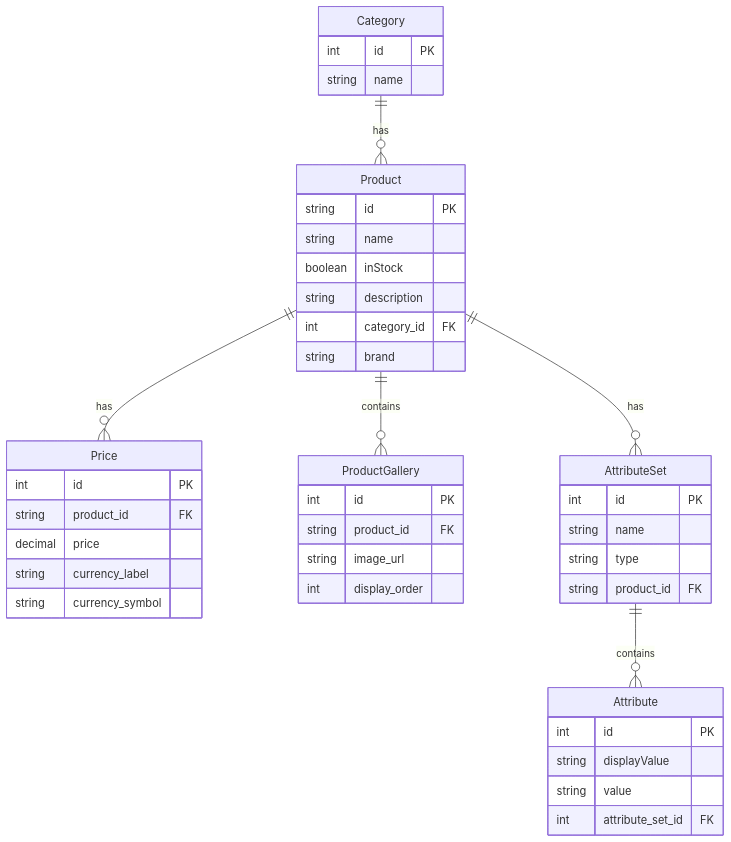
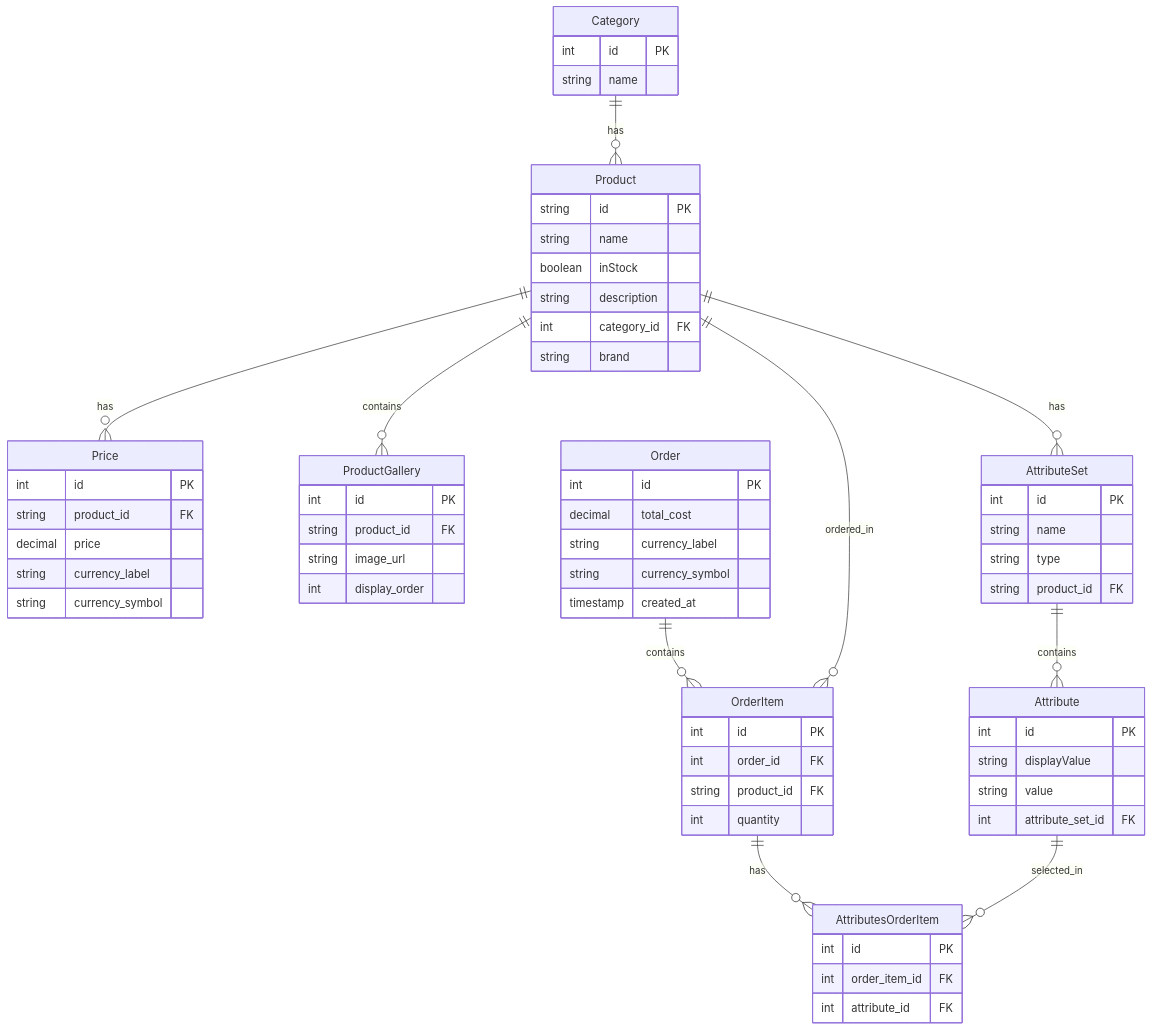
The diagram in erd_diagram.md (shehab124/ScandiWeb-TestAssignment), drawn with Mermaid before and after one commit. The commit also changed other lines of this file and 4 other files, not shown here.

````diff
--- a/erd_diagram.md
+++ b/erd_diagram.md
@@ -4,52 +4,77 @@
 ```mermaid
 erDiagram
     Category {
         int id PK
         string name
     }
 
     Product {
         string id PK
         string name
         boolean inStock
         string description
         int category_id FK
         string brand
     }
 
     Price {
         int id PK
         string product_id FK
         decimal price
         string currency_label
         string currency_symbol
     }
 
     ProductGallery {
         int id PK
         string product_id FK
         string image_url
         int display_order
     }
 
     AttributeSet {
         int id PK
         string name
         string type
         string product_id FK
     }
 
     Attribute {
         int id PK
         string displayValue
         string value
         int attribute_set_id FK
     }
 
+    Order {
+        int id PK
+        decimal total_cost
+        string currency_label
+        string currency_symbol
+        timestamp created_at
+    }
+
+    OrderItem {
+        int id PK
+        int order_id FK
+        string product_id FK
+        int quantity
+    }
+
+    AttributesOrderItem {
+        int id PK
+        int order_item_id FK
+        int attribute_id FK
+    }
+
     %% Relationships
     Category ||--o{ Product : "has"
     Product ||--o{ Price : "has"
     Product ||--o{ ProductGallery : "contains"
     Product ||--o{ AttributeSet : "has"
     AttributeSet ||--o{ Attribute : "contains"
+    Order ||--o{ OrderItem : "contains"
+    OrderItem ||--o{ AttributesOrderItem : "has"
+    Product ||--o{ OrderItem : "ordered_in"
+    Attribute ||--o{ AttributesOrderItem : "selected_in"
 ```
````
